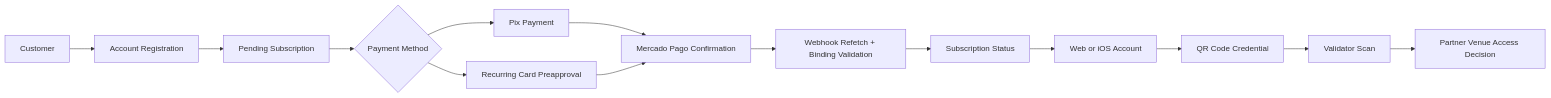
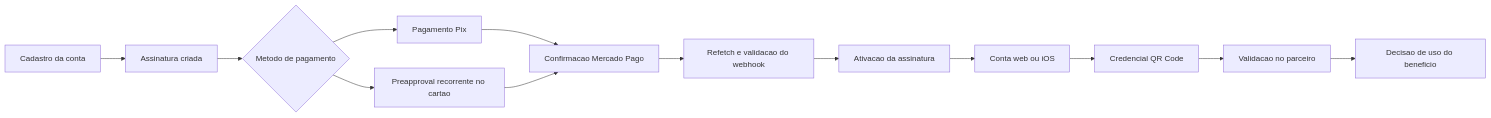
Before and after one commit to filpe19/club-pass-belem-case-study: the first of 4 diagrams in README.md, drawn with Mermaid. The commit also changed other lines of this file, not shown here.

````diff
--- a/README.md
+++ b/README.md
@@ -29,16 +29,15 @@
 ```mermaid
 flowchart LR
-    A[Customer] --> B[Account Registration]
-    B --> C[Pending Subscription]
-    C --> D{Payment Method}
-    D --> E[Pix Payment]
-    D --> F[Recurring Card Preapproval]
-    E --> G[Mercado Pago Confirmation]
-    F --> G
-    G --> H[Webhook Refetch + Binding Validation]
-    H --> I[Subscription Status]
-    I --> J[Web or iOS Account]
-    J --> K[QR Code Credential]
-    K --> L[Validator Scan]
-    L --> M[Partner Venue Access Decision]
+    A[Cadastro da conta] --> B[Assinatura criada]
+    B --> C{Metodo de pagamento}
+    C --> D[Pagamento Pix]
+    C --> E[Preapproval recorrente no cartao]
+    D --> F[Confirmacao Mercado Pago]
+    E --> F
+    F --> G[Refetch e validacao do webhook]
+    G --> H[Ativacao da assinatura]
+    H --> I[Conta web ou iOS]
+    I --> J[Credencial QR Code]
+    J --> K[Validacao no parceiro]
+    K --> L[Decisao de uso do beneficio]
 ```
````
